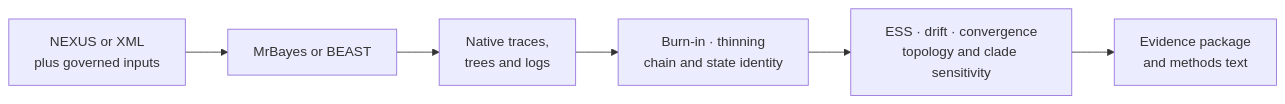
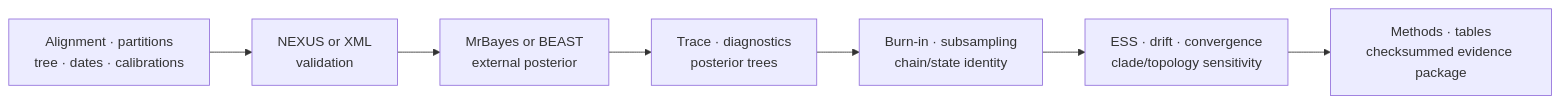
One commit to bijux/bijux-phylogenetics changed the diagram in docs/04-bijux-phylogenetics-parities/external-engines/bayesian-inference.md. Above: the diagram before and after it, drawn with Mermaid. The commit also changed other lines of this file and 4 other files, not shown here.

````diff
--- a/docs/04-bijux-phylogenetics-parities/external-engines/bayesian-inference.md
+++ b/docs/04-bijux-phylogenetics-parities/external-engines/bayesian-inference.md
@@ -43,11 +18,12 @@
 ```mermaid
 flowchart LR
-    config["NEXUS or XML<br/>plus governed inputs"]
-    engine["MrBayes or BEAST"]
-    raw["Native traces,<br/>trees and logs"]
-    policy["Burn-in · thinning<br/>chain and state identity"]
-    diagnostics["ESS · drift · convergence<br/>topology and clade sensitivity"]
-    report["Evidence package<br/>and methods text"]
+    inputs["Alignment · partitions<br/>tree · dates · calibrations"]
+    prepare["NEXUS or XML<br/>validation"]
+    engine["MrBayes or BEAST<br/>external posterior"]
+    native["Trace · diagnostics<br/>posterior trees"]
+    select["Burn-in · subsampling<br/>chain/state identity"]
+    assess["ESS · drift · convergence<br/>clade/topology sensitivity"]
+    evidence["Methods · tables<br/>checksummed evidence package"]
 
-    config --> engine --> raw --> policy --> diagnostics --> report
+    inputs --> prepare --> engine --> native --> select --> assess --> evidence
 ```
````
